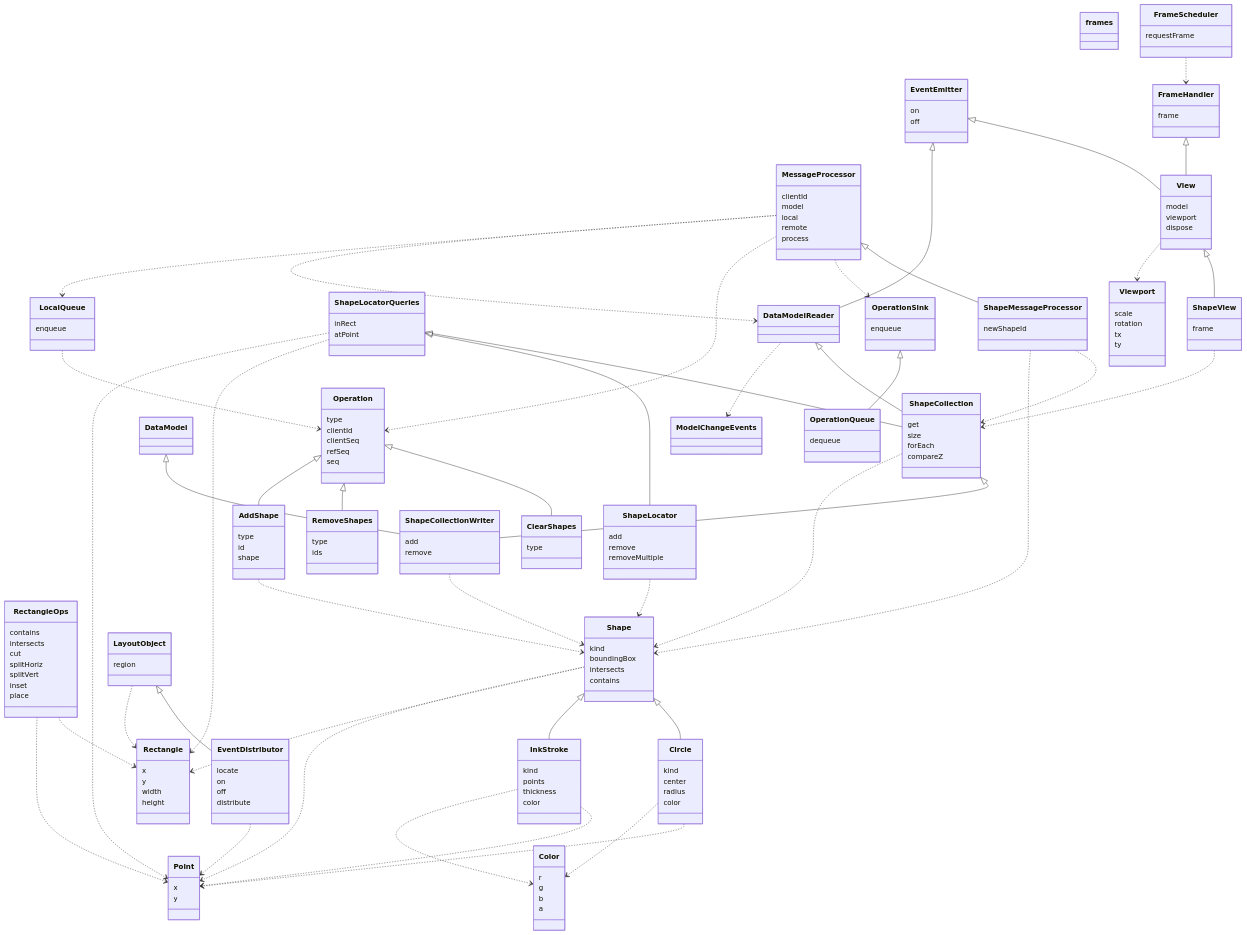
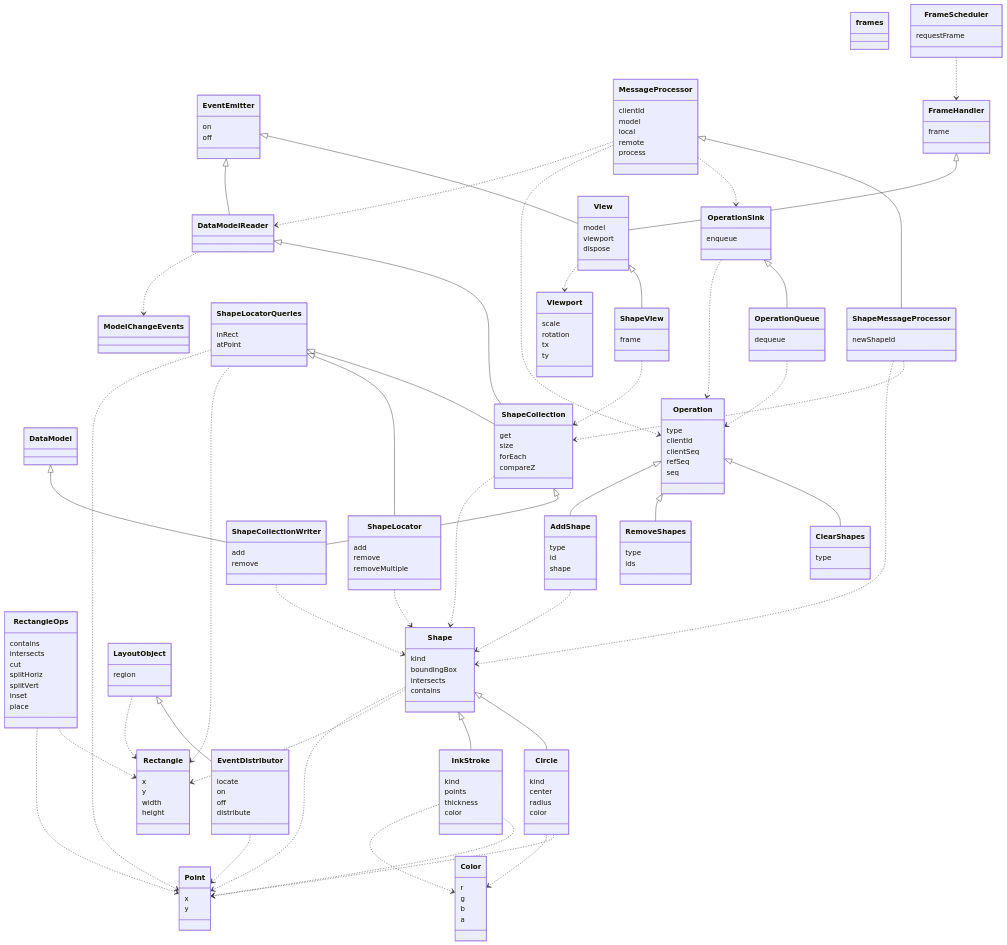
The diagram in ts/examples/modular/catalog.md (microsoft/TypeAgent), drawn with Mermaid before and after one commit. The commit also changed other lines of this file and 12 other files, not shown here.

First line of the commit message:
modular: OperationSink.enqueue returns the operation as queued

```diff
--- a/ts/examples/modular/catalog.md
+++ b/ts/examples/modular/catalog.md
@@ -89,9 +89,6 @@
   class OperationQueue {
     dequeue
   }
-  class LocalQueue {
-    enqueue
-  }
   class MessageProcessor {
     clientId
     model
@@ -163,10 +160,10 @@
   ShapeLocator ..> Shape
   EventEmitter <|-- DataModelReader
   DataModelReader ..> ModelChangeEvents
+  OperationSink ..> Operation
   OperationSink <|-- OperationQueue
-  LocalQueue ..> Operation
+  OperationQueue ..> Operation
   MessageProcessor ..> DataModelReader
-  MessageProcessor ..> LocalQueue
   MessageProcessor ..> Operation
   MessageProcessor ..> OperationSink
   DataModelReader <|-- ShapeCollection
```
